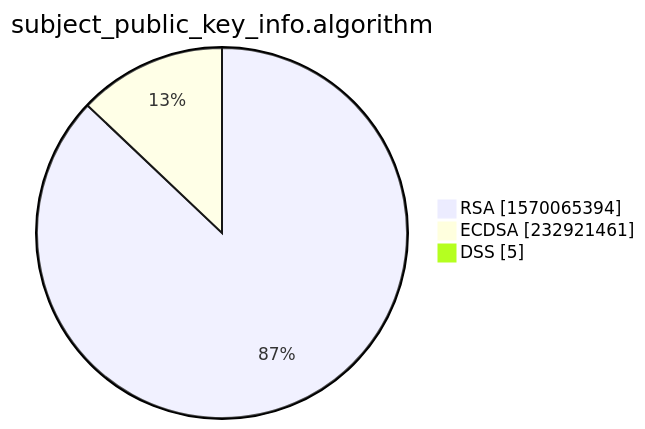
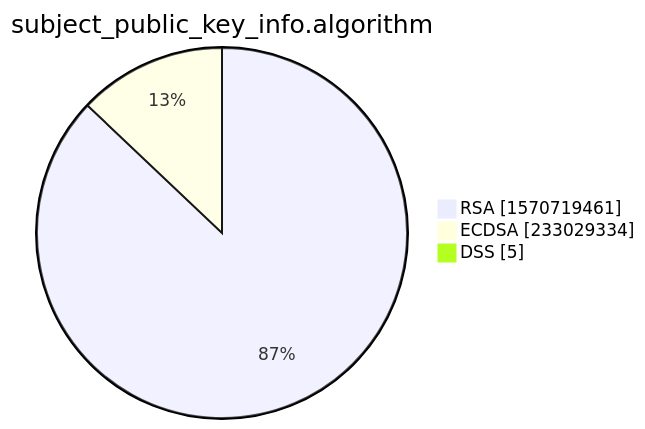
One commit to christiankrug/ctmonitor_visualization changed the third of 15 diagrams in xenon2022/README.md. Above: the diagram before and after it, drawn with Mermaid. The commit also changed other lines of this file, not shown here.

````diff
--- a/xenon2022/README.md
+++ b/xenon2022/README.md
@@ -14,7 +14,7 @@
 ```mermaid
 pie showData
 title subject_public_key_info.algorithm
-"RSA" :1570065394
-"ECDSA" :232921461
+"RSA" :1570719461
+"ECDSA" :233029334
 "DSS" :5
 ```
````
